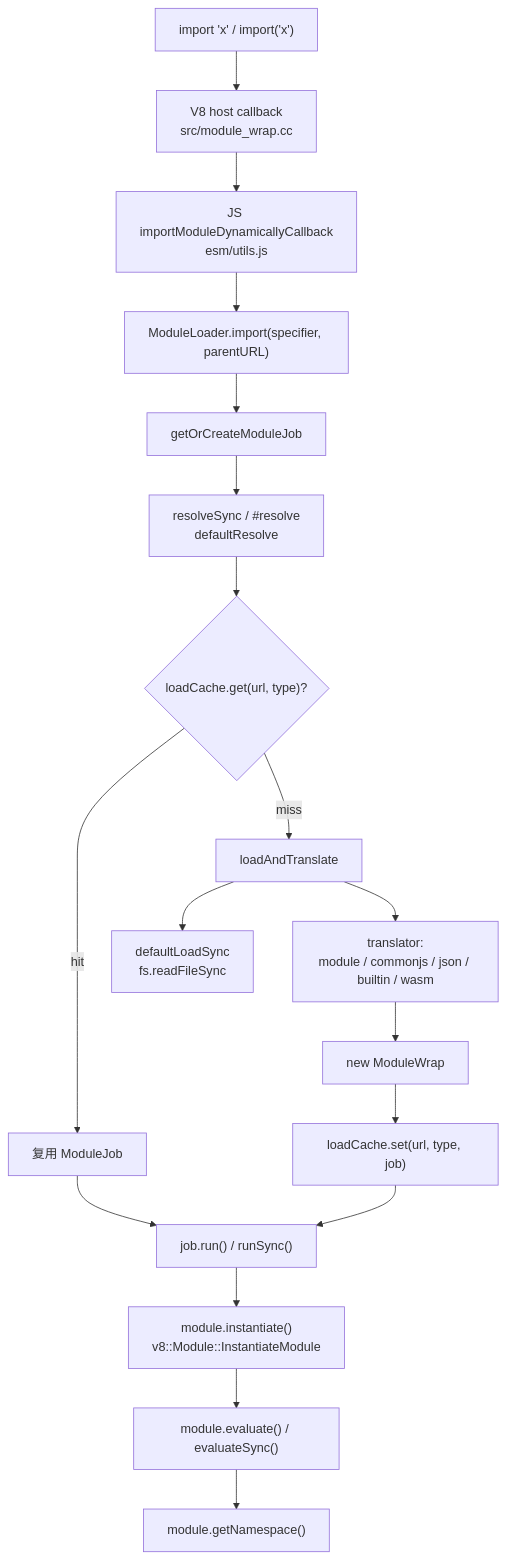
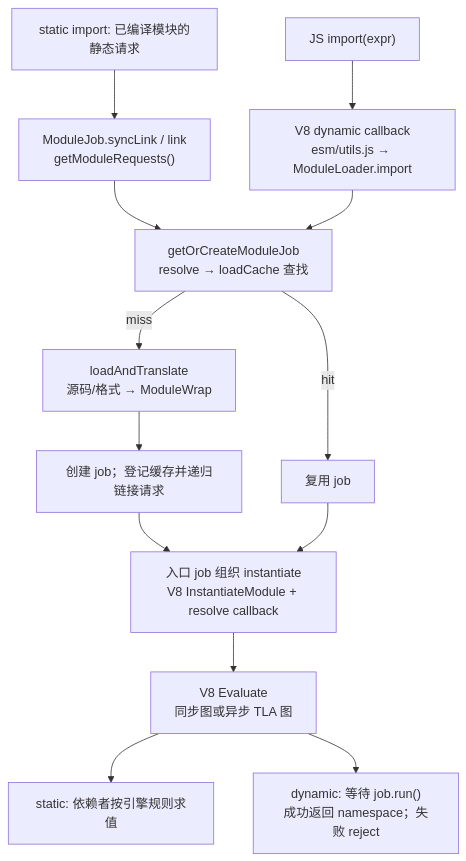
Diagram 14 of 16 in Investigation/JS_RUNTIME_MODULES.md (rsvim-dev/rfc), drawn with Mermaid before and after one commit. The commit also changed other lines of this file, not shown here.

````diff
--- a/Investigation/JS_RUNTIME_MODULES.md
+++ b/Investigation/JS_RUNTIME_MODULES.md
@@ -2282,20 +2486,15 @@
 ```mermaid
 flowchart TD
-  A["import 'x' / import('x')"] --> B["V8 host callback<br/>src/module_wrap.cc"]
-  B --> C["JS importModuleDynamicallyCallback<br/>esm/utils.js"]
-  C --> D["ModuleLoader.import(specifier, parentURL)"]
-  D --> E["getOrCreateModuleJob"]
-  E --> F["resolveSync / #resolve<br/>defaultResolve"]
-  F --> G{"loadCache.get(url, type)?"}
-  G -- hit --> H["复用 ModuleJob"]
-  G -- miss --> I["loadAndTranslate"]
-  I --> J["defaultLoadSync<br/>fs.readFileSync"]
-  I --> K["translator:<br/>module / commonjs / json / builtin / wasm"]
-  K --> L["new ModuleWrap"]
-  L --> M["loadCache.set(url, type, job)"]
-  H --> N["job.run() / runSync()"]
-  M --> N
-  N --> O["module.instantiate()<br/>v8::Module::InstantiateModule"]
-  O --> P["module.evaluate() / evaluateSync()"]
-  P --> Q["module.getNamespace()"]
+  S["static import: 已编译模块的静态请求"] --> SL["ModuleJob.syncLink / link<br/>getModuleRequests()"]
+  D["JS import(expr)"] --> DC["V8 dynamic callback<br/>esm/utils.js → ModuleLoader.import"]
+  SL --> J["getOrCreateModuleJob<br/>resolve → loadCache 查找"]
+  DC --> J
+  J -->|"miss"| L["loadAndTranslate<br/>源码/格式 → ModuleWrap"]
+  L --> N["创建 job；登记缓存并递归链接请求"]
+  J -->|"hit"| C["复用 job"]
+  N --> I["入口 job 组织 instantiate<br/>V8 InstantiateModule + resolve callback"]
+  C --> I
+  I --> E["V8 Evaluate<br/>同步图或异步 TLA 图"]
+  E --> SP["static: 依赖者按引擎规则求值"]
+  E --> DP["dynamic: 等待 job.run()<br/>成功返回 namespace；失败 reject"]
 ```
````
